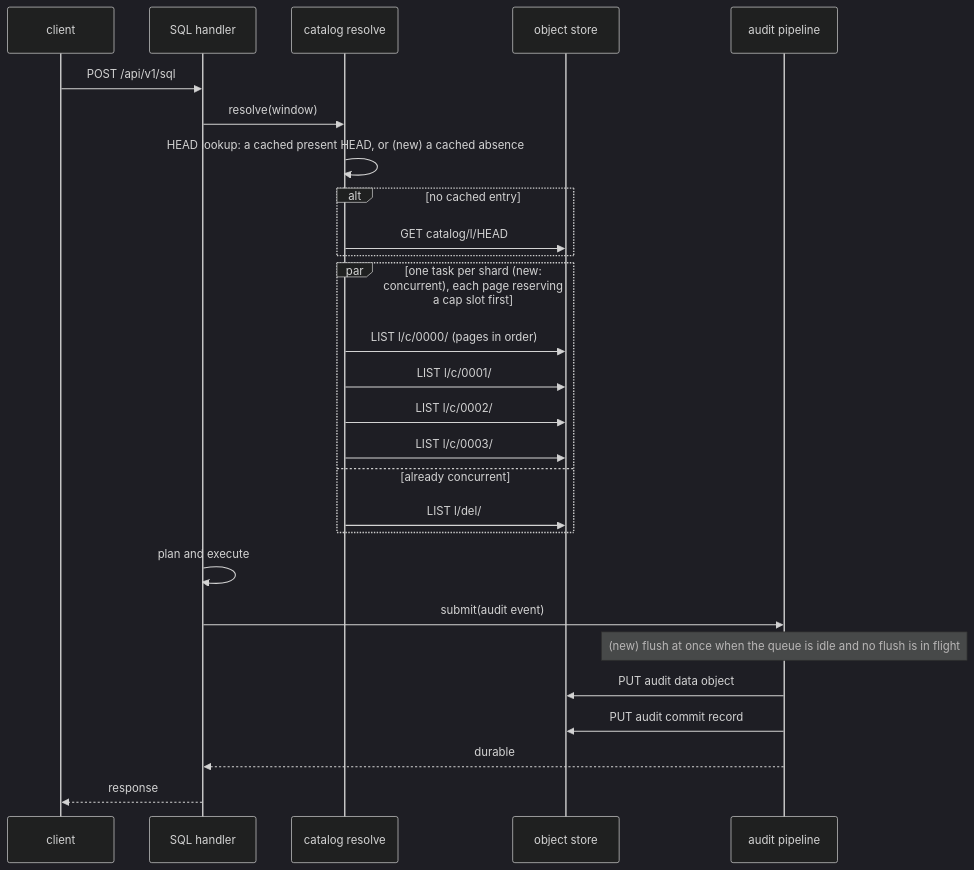
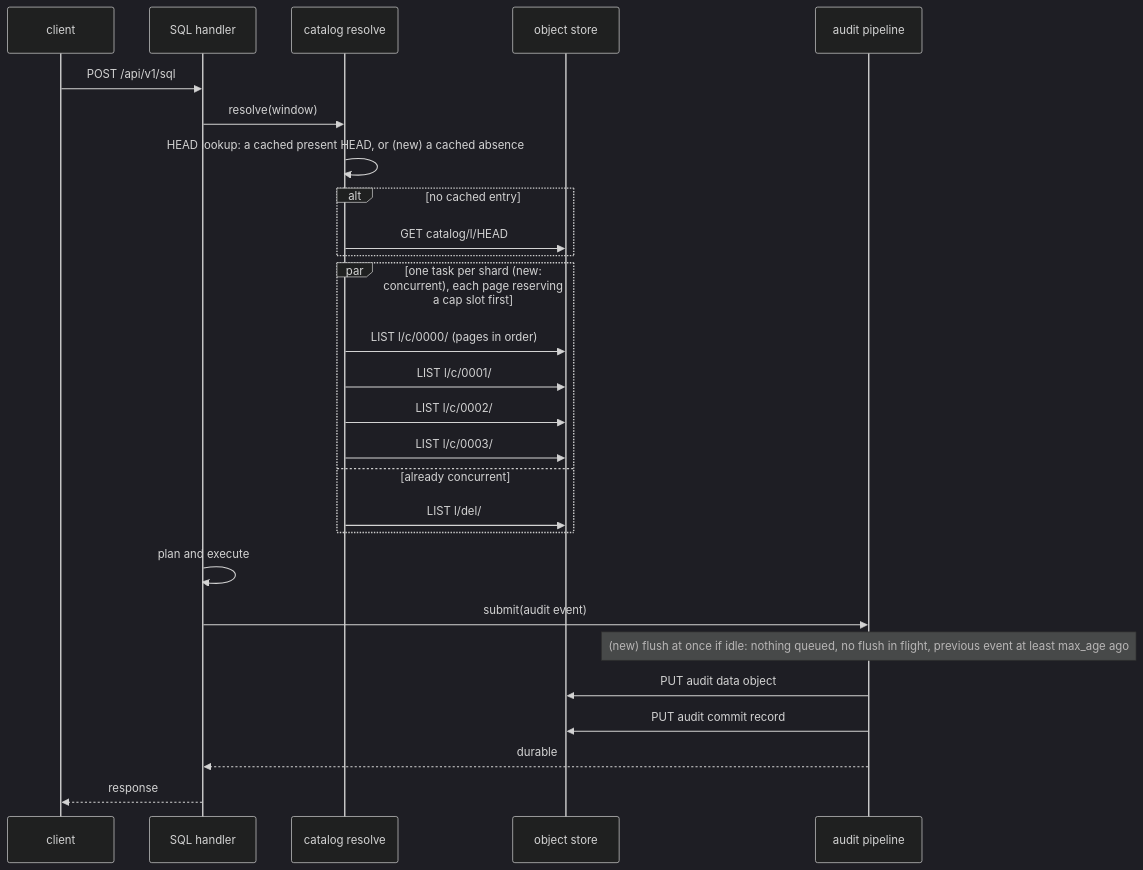
One commit to NOFireAI/ravel changed the diagram in docs/adrs/2509-per-statement-floor-parallel-prefix-listing-and-idle-audit-flush.md. Above: the diagram before and after it, drawn with Mermaid (dark theme). The commit also changed other lines of this file and 1 other file, not shown here.

First line of the commit message:
docs: bound ADR-2509's idle audit flush and fix its amendment targets

````diff
--- a/docs/adrs/2509-per-statement-floor-parallel-prefix-listing-and-idle-audit-flush.md
+++ b/docs/adrs/2509-per-statement-floor-parallel-prefix-listing-and-idle-audit-flush.md
@@ -105,29 +105,29 @@
 ```mermaid
 sequenceDiagram
     participant C as client
     participant S as SQL handler
     participant R as catalog resolve
     participant O as object store
     participant A as audit pipeline
     C->>S: POST /api/v1/sql
     S->>R: resolve(window)
     R->>R: HEAD lookup: a cached present HEAD, or (new) a cached absence
     alt no cached entry
         R->>O: GET catalog/l/HEAD
     end
     par one task per shard (new: concurrent), each page reserving a cap slot first
         R->>O: LIST l/c/0000/ (pages in order)
         R->>O: LIST l/c/0001/
         R->>O: LIST l/c/0002/
         R->>O: LIST l/c/0003/
     and already concurrent
         R->>O: LIST l/del/
     end
     S->>S: plan and execute
     S->>A: submit(audit event)
-    Note over A: (new) flush at once when the queue is idle and no flush is in flight
+    Note over A: (new) flush at once if idle: nothing queued, no flush in flight, previous event at least max_age ago
     A->>O: PUT audit data object
     A->>O: PUT audit commit record
     A-->>S: durable
     S-->>C: response
 ```
````
